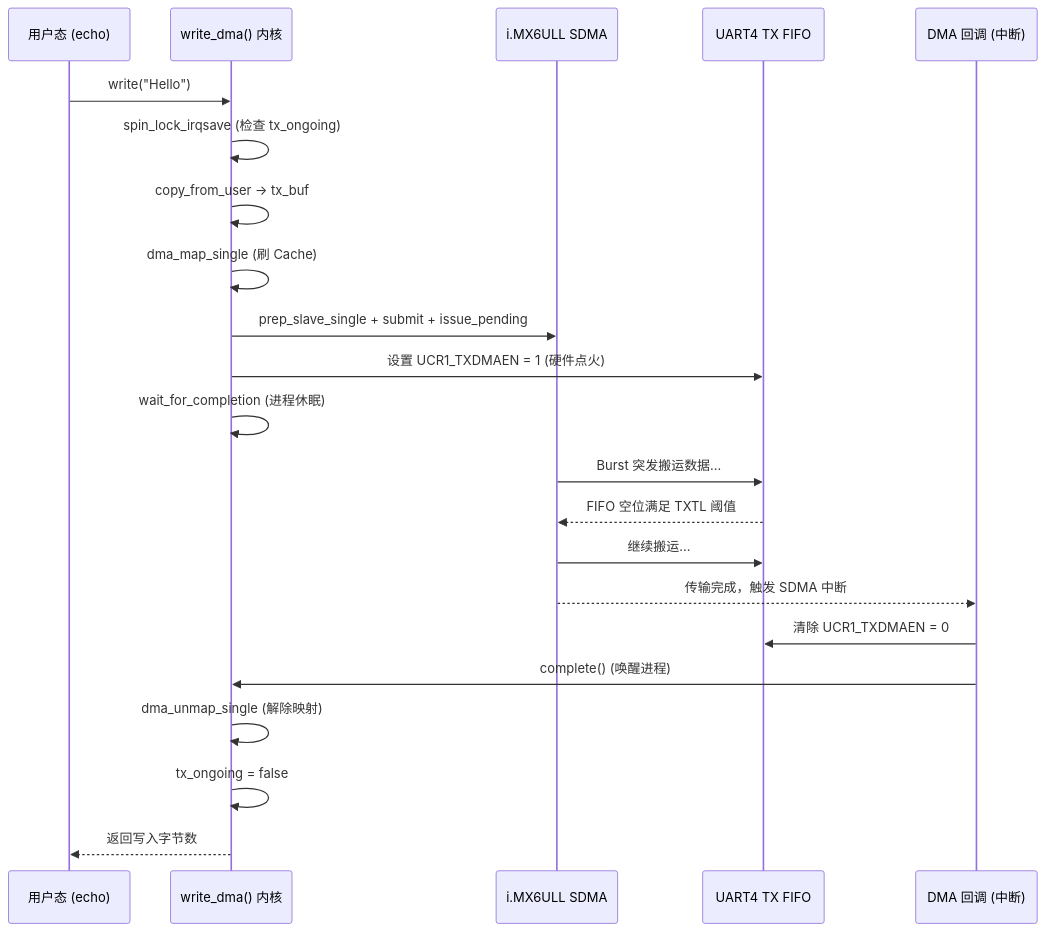
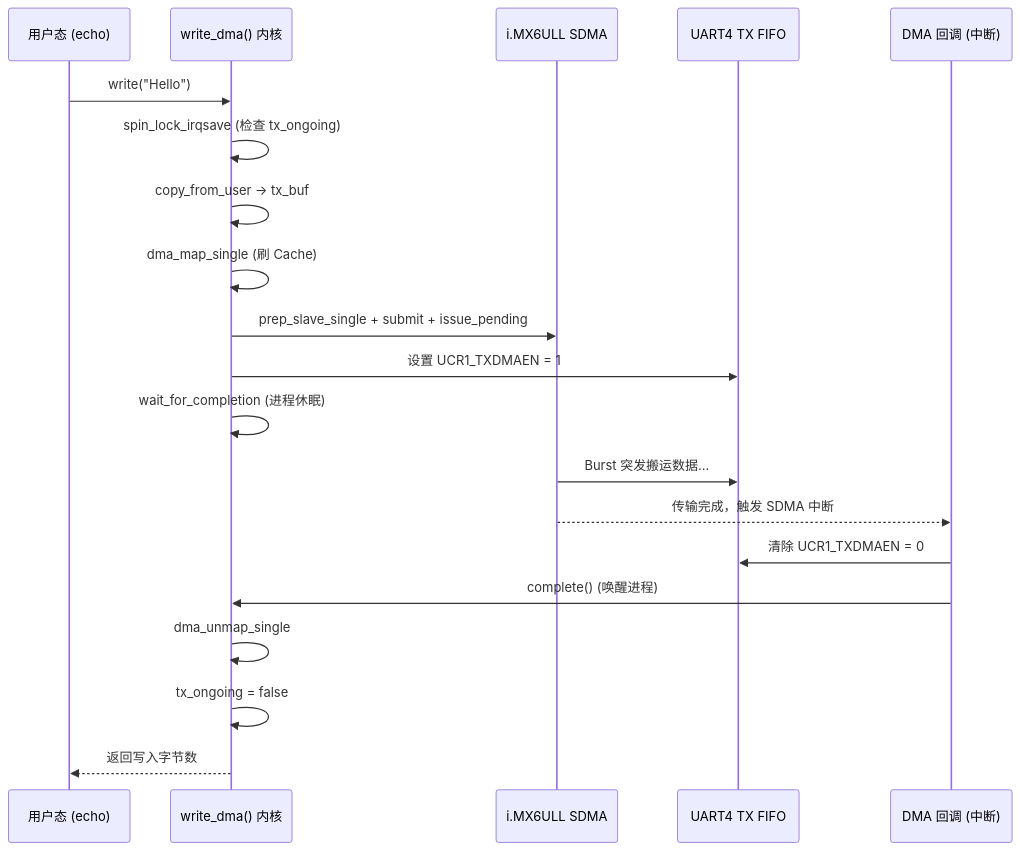
Before and after one commit to 2549227674/linux-kernel-driver-labs: the ninth of 10 diagrams in Bootlin-实验总结.md, drawn with Mermaid. The commit also changed other lines of this file, not shown here.

````diff
--- a/Bootlin-实验总结.md
+++ b/Bootlin-实验总结.md
@@ -567,27 +473,25 @@
 ```mermaid
 sequenceDiagram
     participant User as 用户态 (echo)
     participant K as write_dma() 内核
     participant SDMA as i.MX6ULL SDMA
     participant UART as UART4 TX FIFO
     participant CB as DMA 回调 (中断)
 
     User->>K: write("Hello")
     K->>K: spin_lock_irqsave (检查 tx_ongoing)
     K->>K: copy_from_user → tx_buf
     K->>K: dma_map_single (刷 Cache)
     K->>SDMA: prep_slave_single + submit + issue_pending
-    K->>UART: 设置 UCR1_TXDMAEN = 1 (硬件点火)
+    K->>UART: 设置 UCR1_TXDMAEN = 1
     K->>K: wait_for_completion (进程休眠)
 
     SDMA->>UART: Burst 突发搬运数据...
-    UART-->>SDMA: FIFO 空位满足 TXTL 阈值
-    SDMA->>UART: 继续搬运...
 
     SDMA-->>CB: 传输完成，触发 SDMA 中断
     CB->>UART: 清除 UCR1_TXDMAEN = 0
     CB->>K: complete() (唤醒进程)
-    K->>K: dma_unmap_single (解除映射)
+    K->>K: dma_unmap_single
     K->>K: tx_ongoing = false
     K-->>User: 返回写入字节数
 ```
````
